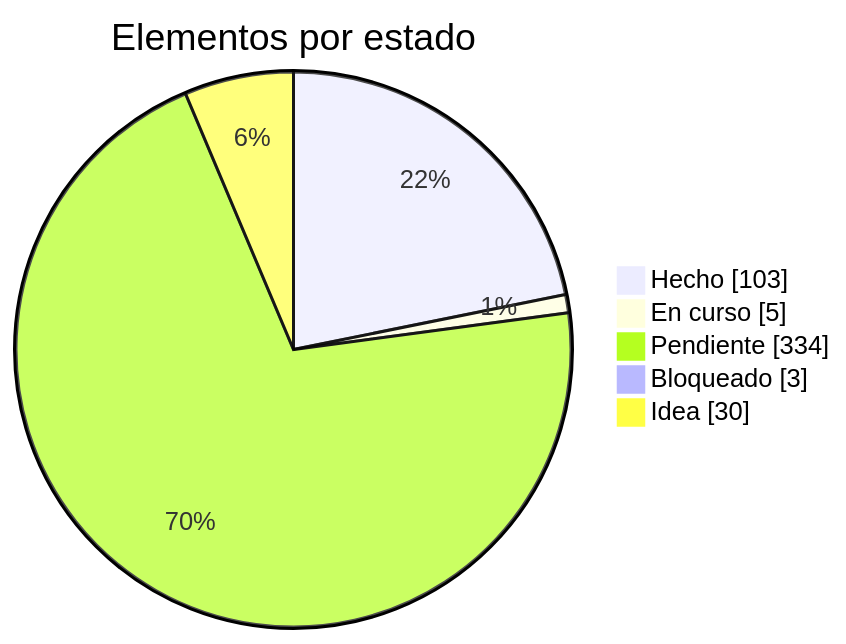
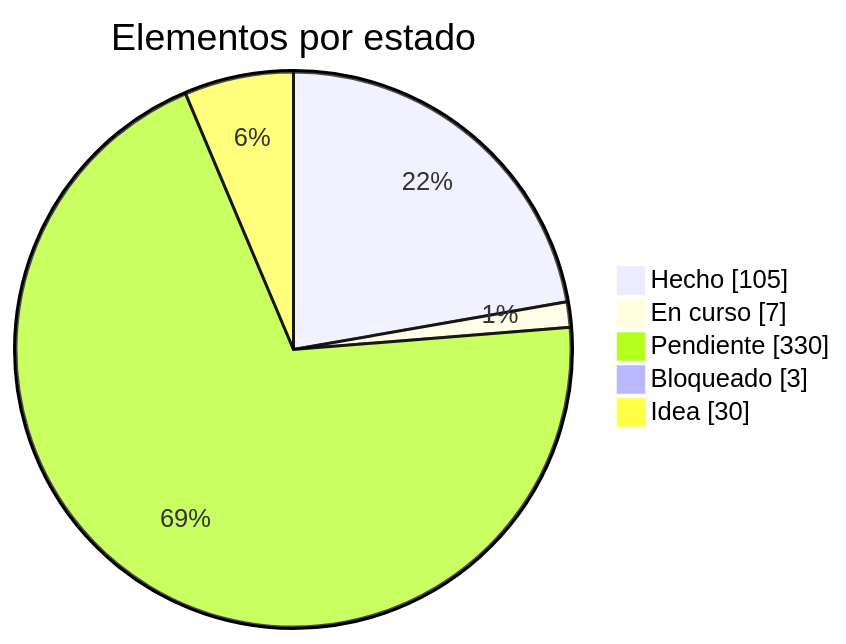
The first of 2 diagrams in docs/roadmap.md (dariogea/BM27), drawn with Mermaid before and after one commit. The commit also changed other lines of this file and 29 other files, not shown here.

````diff
--- a/docs/roadmap.md
+++ b/docs/roadmap.md
@@ -13,8 +13,8 @@
 ```mermaid
 pie showData title Elementos por estado
-  "Hecho" : 103
-  "En curso" : 5
-  "Pendiente" : 334
+  "Hecho" : 105
+  "En curso" : 7
+  "Pendiente" : 330
   "Bloqueado" : 3
   "Idea" : 30
 ```
````
